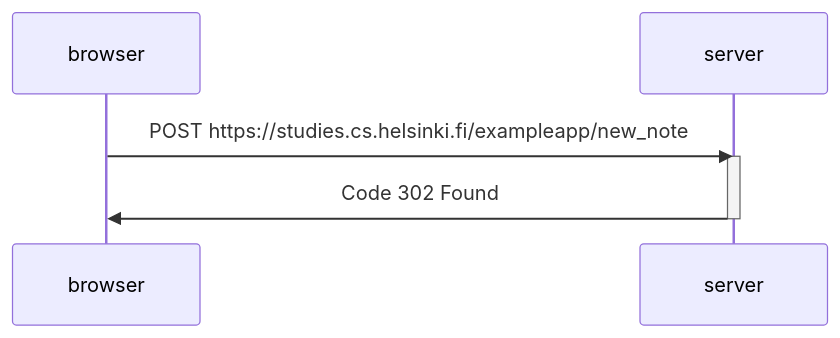
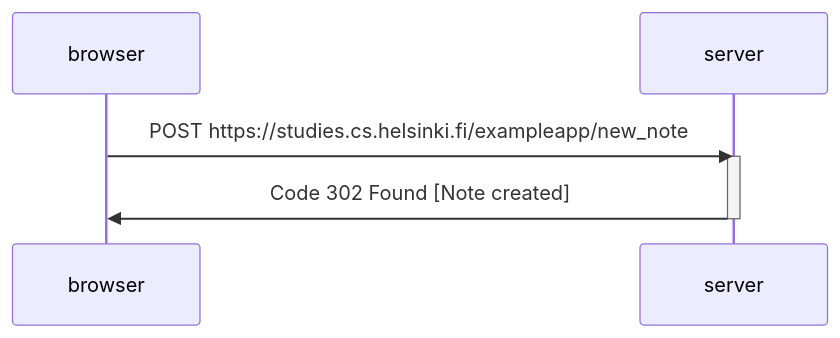
Before and after one commit to rubendesrod/FullStack_Open: the diagram in part0/Diagrama0_4.md, drawn with Mermaid. The commit also changed 1 other file, not shown here.

Commit message:
Ejercicio 0.5

````diff
--- a/part0/Diagrama0_4.md
+++ b/part0/Diagrama0_4.md
@@ -1,11 +1,11 @@
 ```mermaid
 sequenceDiagram
     participant browser
     participant server
 
     browser->>server: POST https://studies.cs.helsinki.fi/exampleapp/new_note
     activate server
-    server->>browser: Code 302 Found
+    server->>browser: Code 302 Found [Note created]
     deactivate server
 
 ```
````
